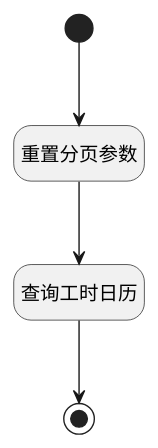
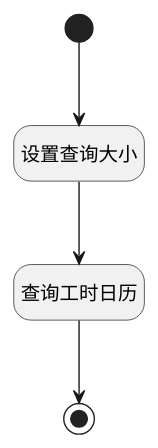
One commit to iBizLab/plm changed the diagram in doc/docsify/module/Base/workload/logic/member_dimension.md. Above: the diagram before and after it, drawn with PlantUML. The commit also changed other lines of this file and 2344 other files, not shown here.

````diff
--- a/doc/docsify/module/Base/workload/logic/member_dimension.md
+++ b/doc/docsify/module/Base/workload/logic/member_dimension.md
@@ -7,23 +7,23 @@
 ```plantuml
 @startuml
 hide empty description
 <style>
 root {
   HyperlinkColor #42b983
 }
 </style>
 
 hide empty description
 state "开始" as Begin <<start>> [[$./member_dimension#begin {"开始"}]]
-state "重置分页参数" as PREPAREPARAM1  [[$./member_dimension#prepareparam1 {"重置分页参数"}]]
+state "设置查询大小" as PREPAREPARAM2  [[$./member_dimension#prepareparam2 {"设置查询大小"}]]
 state "查询工时日历" as DEDATASET1  [[$./member_dimension#dedataset1 {"查询工时日历"}]]
 state "结束" as END1 <<end>> [[$./member_dimension#end1 {"结束"}]]
 
 
-Begin --> PREPAREPARAM1
-PREPAREPARAM1 --> DEDATASET1
+Begin --> PREPAREPARAM2
+PREPAREPARAM2 --> DEDATASET1
 DEDATASET1 --> END1
 
 
 @enduml
 ```
````
